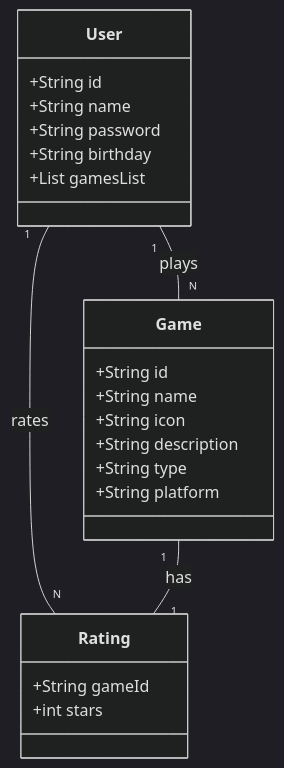
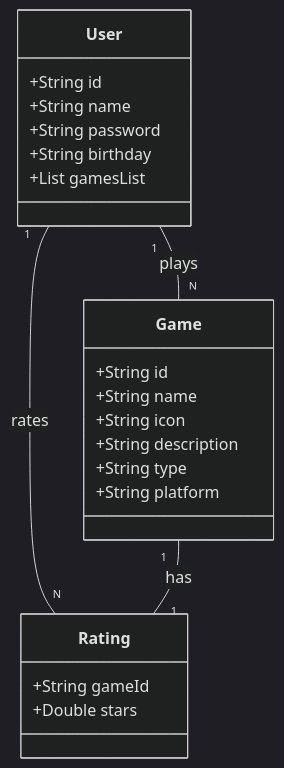
One commit to Gabriel-BarbosaDSB/Decola-Tech-2025 changed the diagram in README.md. Above: the diagram before and after it, drawn with Mermaid (dark theme).

````diff
--- a/README.md
+++ b/README.md
@@ -6,28 +6,28 @@
 ```mermaid
 classDiagram
     class User {
         +String id
         +String name
         +String password
         +String birthday
         +List<Game> gamesList
     }
 
     class Game {
         +String id
         +String name
         +String icon
         +String description
         +String type
         +String platform
     }
 
     class Rating {
         +String gameId
-        +int stars
+        +Double stars
     }
 
     User "1" -- "N" Game : plays
     User "1" -- "N" Rating : rates
     Game "1" -- "1" Rating : has
 ```
````
